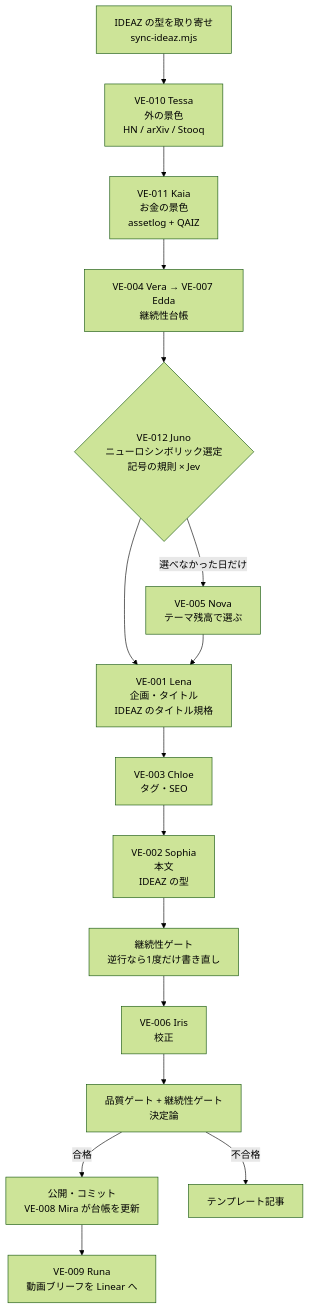
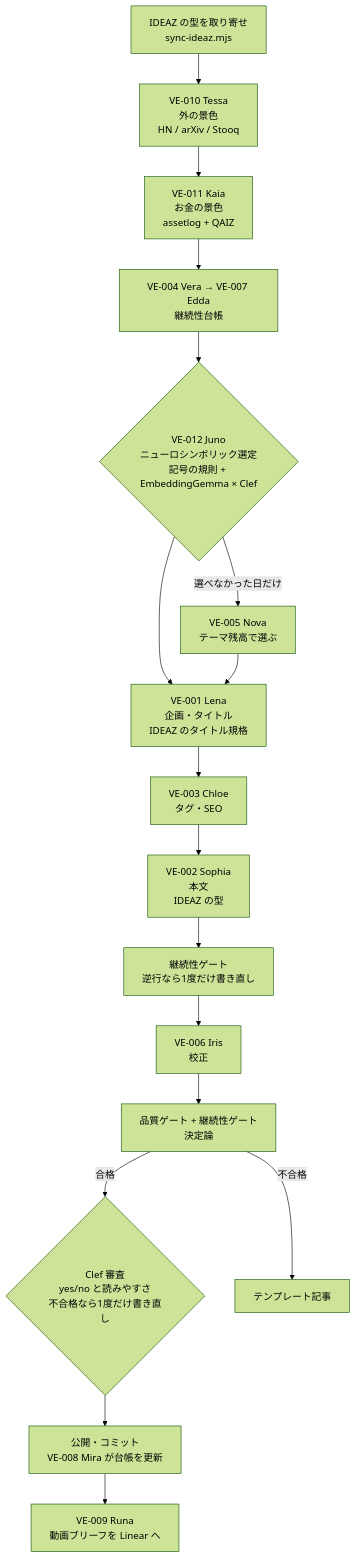
The diagram in README.md (gentaron/genesisvault), drawn with Mermaid (forest theme) before and after one commit. The commit also changed other lines of this file and 14 other files, not shown here.

First line of the commit message:
feat: 判断モデルを無料の Clef に一本化し、Clef 審査と EmbeddingGemma の既出チェックを足す

````diff
--- a/README.md
+++ b/README.md
@@ -60,19 +60,20 @@
 ```mermaid
 flowchart TD
   S[IDEAZ の型を取り寄せ<br/>sync-ideaz.mjs] --> T
   T[VE-010 Tessa<br/>外の景色<br/>HN / arXiv / Stooq] --> K
   K[VE-011 Kaia<br/>お金の景色<br/>assetlog + QAIZ] --> V
   V[VE-004 Vera → VE-007 Edda<br/>継続性台帳] --> J
-  J{VE-012 Juno<br/>ニューロシンボリック選定<br/>記号の規則 × Jev}
+  J{VE-012 Juno<br/>ニューロシンボリック選定<br/>記号の規則 + EmbeddingGemma × Clef}
   J -->|選べなかった日だけ| N[VE-005 Nova<br/>テーマ残高で選ぶ]
   J --> L
   N --> L
   L[VE-001 Lena<br/>企画・タイトル<br/>IDEAZ のタイトル規格] --> C[VE-003 Chloe<br/>タグ・SEO]
   C --> W[VE-002 Sophia<br/>本文<br/>IDEAZ の型]
   W --> G1[継続性ゲート<br/>逆行なら1度だけ書き直し]
   G1 --> I[VE-006 Iris<br/>校正]
   I --> G2[品質ゲート + 継続性ゲート<br/>決定論]
-  G2 -->|合格| P[公開・コミット<br/>VE-008 Mira が台帳を更新]
+  G2 -->|合格| CR{Clef 審査<br/>yes/no と読みやすさ<br/>不合格なら1度だけ書き直し}
+  CR --> P[公開・コミット<br/>VE-008 Mira が台帳を更新]
   G2 -->|不合格| F[テンプレート記事]
   P --> R[VE-009 Runa<br/>動画ブリーフを Linear へ]
 ```
````
